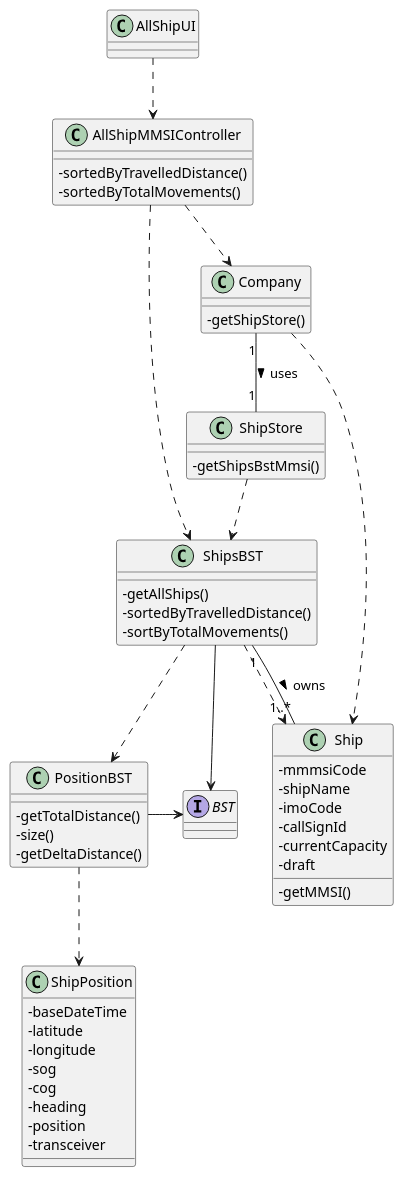
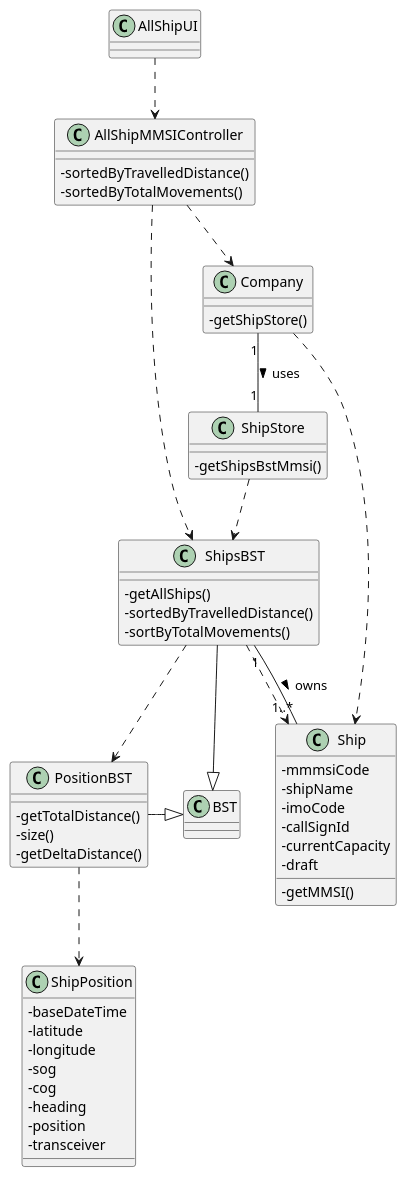
The diagram in docs/US105/US105_CD.puml (ana-albergaria/LAPR3-ISEP), drawn with PlantUML before and after one commit. The commit also changed 1 other file, not shown here.

```diff
--- a/docs/US105/US105_CD.puml
+++ b/docs/US105/US105_CD.puml
@@ -1,72 +1,72 @@
 @startuml
 
 skinparam classAttributeIconSize 0
 
 
 class Ship {
     -mmmsiCode
     -shipName
     -imoCode
     -callSignId
     -currentCapacity /'added by us'/
     -draft
 
     -getMMSI()
 }
 
 class ShipPosition {
     -baseDateTime
     -latitude
     -longitude
     -sog
     -cog
     -heading
     -position
     -transceiver
 }
 
 class ShipStore {
     -getShipsBstMmsi()
 }
 
 
 class AllShipUI {}
 
 class AllShipMMSIController {
     -sortedByTravelledDistance()
     -sortedByTotalMovements()
 }
 
 class ShipsBST{
     -getAllShips()
     -sortedByTravelledDistance()
     -sortByTotalMovements()
 }
 
 class PositionBST{
     -getTotalDistance()
     -size()
     -getDeltaDistance()
 }
 class Company {
     -getShipStore()
 }
 
-interface BST{}
+class BST{}
 
 
 Company "1" -- "1" ShipStore : uses >
 ShipStore ..> ShipsBST
 ShipsBST "1" -- "1..*" Ship : owns >
 AllShipUI ..> AllShipMMSIController
 AllShipMMSIController ..> ShipsBST
 AllShipMMSIController ..> Company
 ShipsBST ..> Ship
-ShipsBST -> BST
+ShipsBST -|> BST
 ShipsBST ..> PositionBST
 PositionBST ..> ShipPosition
-PositionBST -> BST
+PositionBST -|> BST
 Company ..> Ship
 
 
 @enduml
```
